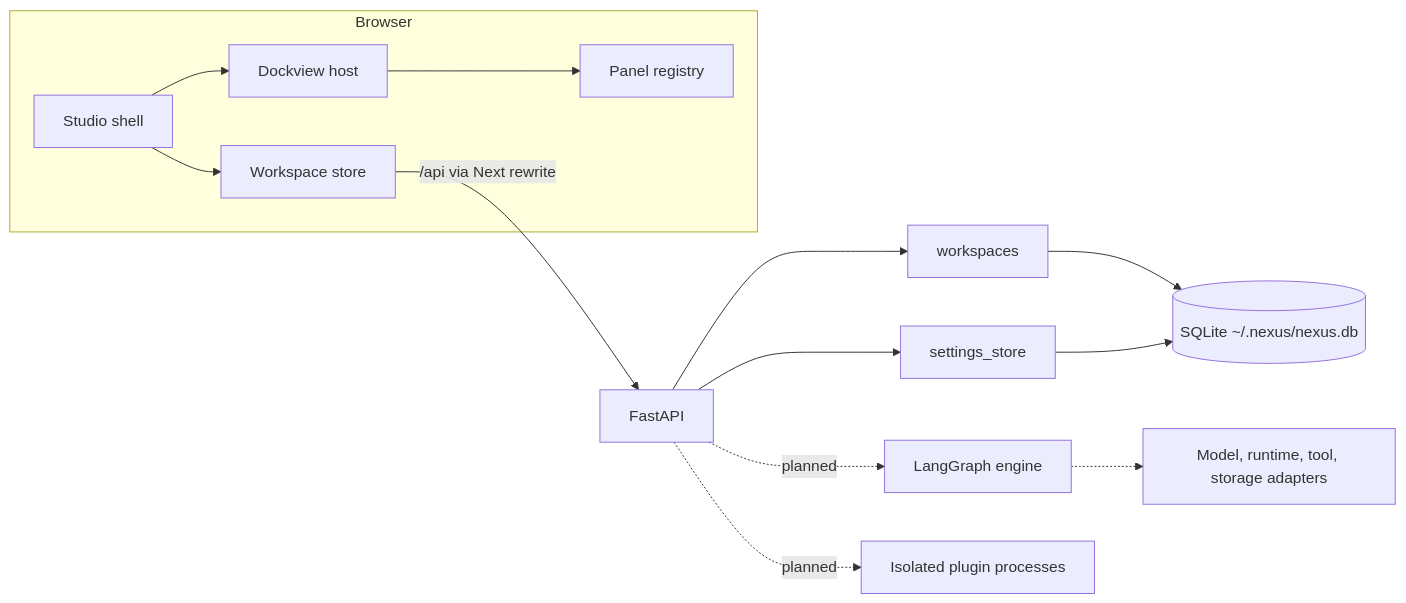
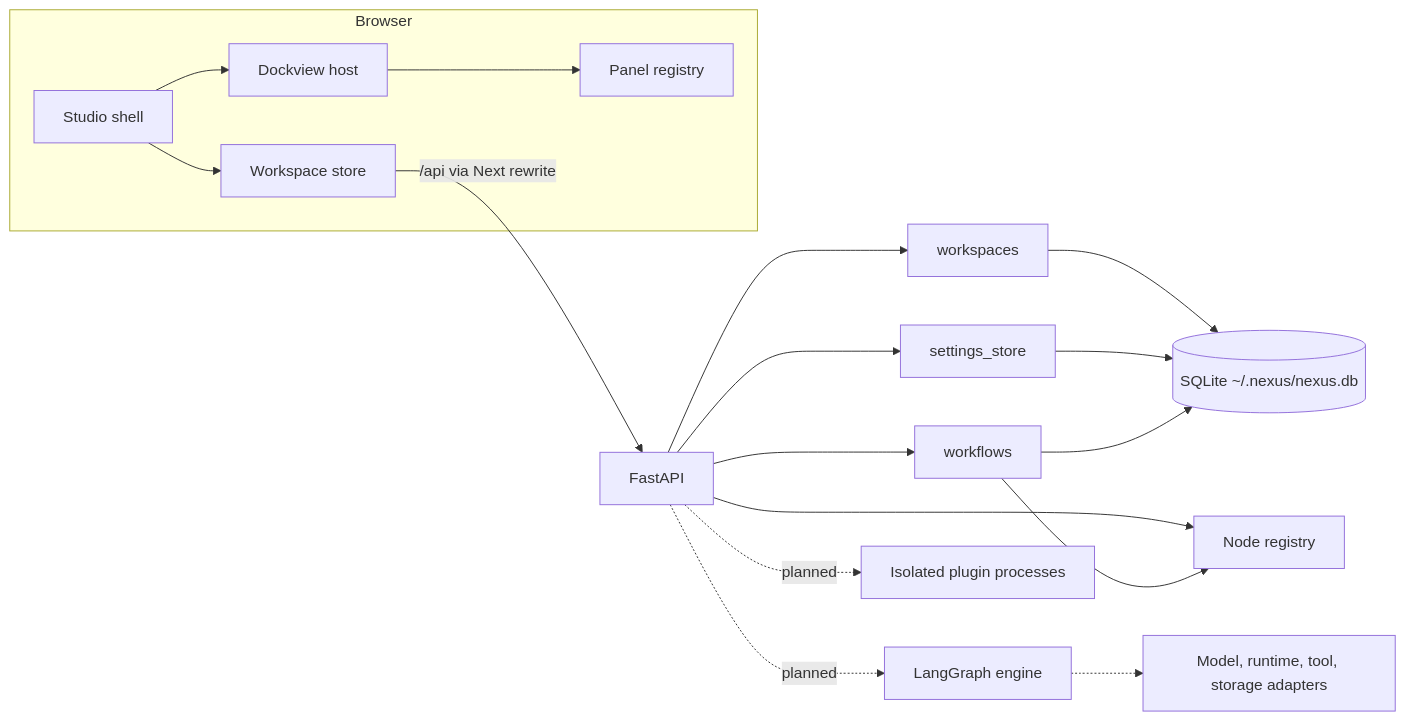
Before and after one commit to AntonFrDe/Nexus-Ai: the diagram in docs/ARCHITECTURE.md, drawn with Mermaid. The commit also changed other lines of this file and 59 other files, not shown here.

````diff
--- a/docs/ARCHITECTURE.md
+++ b/docs/ARCHITECTURE.md
@@ -7,16 +7,20 @@
 ```mermaid
 flowchart LR
   subgraph Browser
     Shell[Studio shell] --> Dock[Dockview host]
     Dock --> Registry[Panel registry]
     Shell --> Store[Workspace store]
   end
   Store -->|/api via Next rewrite| API[FastAPI]
   API --> WS[workspaces]
   API --> ST[settings_store]
+  API --> WF[workflows]
+  API --> NR[Node registry]
+  WF --> NR
   WS --> DB[(SQLite ~/.nexus/nexus.db)]
   ST --> DB
+  WF --> DB
   API -.planned.-> Engine[LangGraph engine]
   Engine -.-> Adapters[Model, runtime, tool, storage adapters]
   API -.planned.-> Plugins[Isolated plugin processes]
 ```
````
